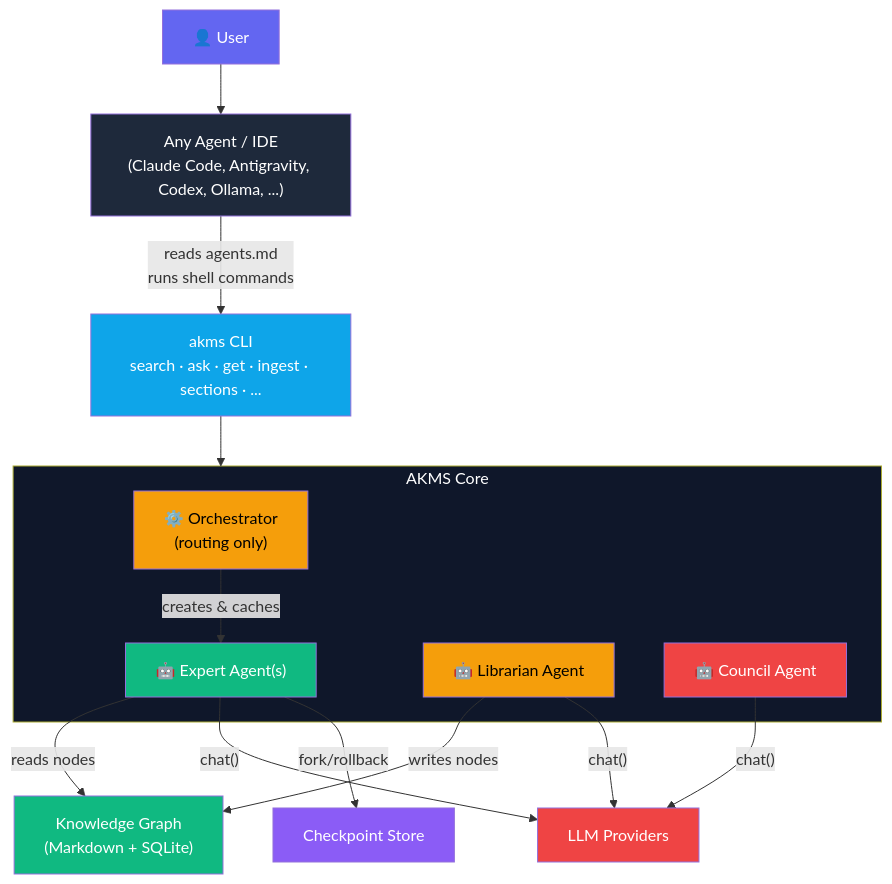
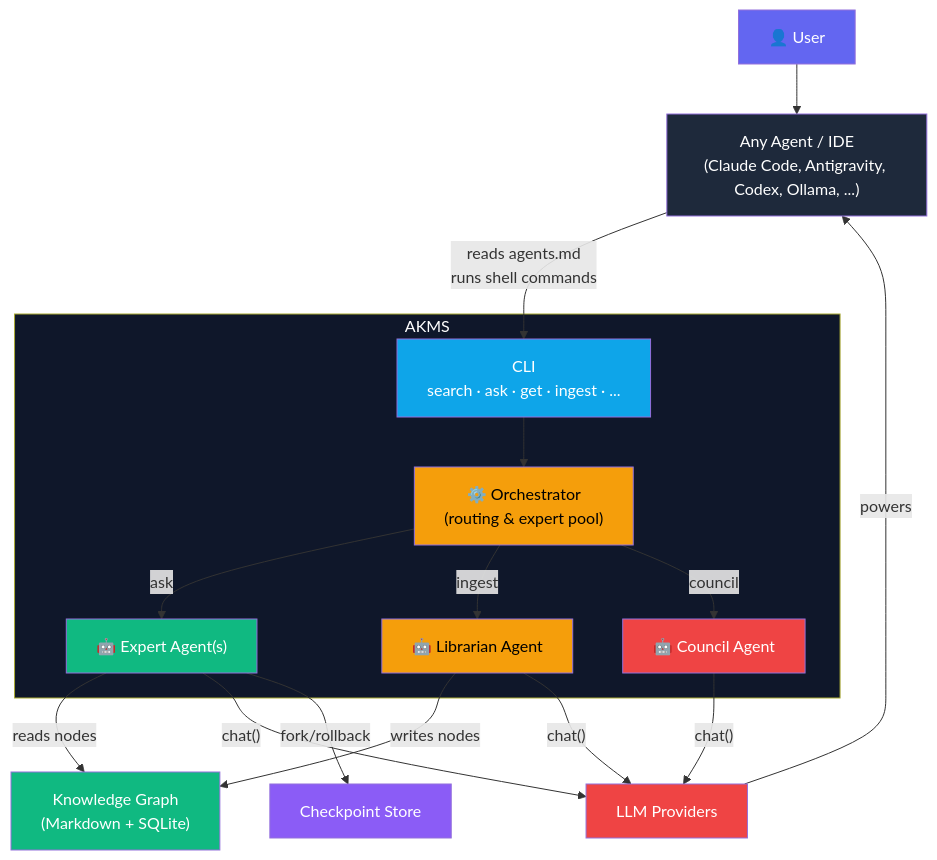
One commit to TheRealOP/Agent-Knowledge-Management-System changed the first of 18 diagrams in how-this-works.md. Above: the diagram before and after it, drawn with Mermaid. The commit also changed 1 other file, not shown here.

````diff
--- a/how-this-works.md
+++ b/how-this-works.md
@@ -9,40 +9,43 @@
 ```mermaid
 graph TB
     User["👤 User"]
     AnyAgent["Any Agent / IDE\n(Claude Code, Antigravity, Codex, Ollama, ...)"]
-    AKMSCLI["akms CLI\nsearch · ask · get · ingest · sections · ..."]
 
-    subgraph AKMSCore["AKMS Core"]
-        Orchestrator["⚙️ Orchestrator\n(routing only)"]
+    subgraph AKMS["AKMS"]
+        CLI["CLI\nsearch · ask · get · ingest · ..."]
+        Orchestrator["⚙️ Orchestrator\n(routing & expert pool)"]
         Expert["🤖 Expert Agent(s)"]
         Librarian["🤖 Librarian Agent"]
         Council["🤖 Council Agent"]
+        CLI --> Orchestrator
     end
 
     KG["Knowledge Graph\n(Markdown + SQLite)"]
     CP["Checkpoint Store"]
     Providers["LLM Providers"]
 
     User --> AnyAgent
-    AnyAgent -->|"reads agents.md\nruns shell commands"| AKMSCLI
-    AKMSCLI --> AKMSCore
-    Orchestrator -->|"creates & caches"| Expert
+    AnyAgent -->|"reads agents.md\nruns shell commands"| CLI
+    Orchestrator -->|"ask"| Expert
+    Orchestrator -->|"ingest"| Librarian
+    Orchestrator -->|"council"| Council
     Expert -->|"reads nodes"| KG
     Librarian -->|"writes nodes"| KG
     Expert -->|"chat()"| Providers
     Librarian -->|"chat()"| Providers
     Council -->|"chat()"| Providers
     Expert -->|"fork/rollback"| CP
+    Providers -->|"powers"| AnyAgent
 
     style User fill:#6366f1,color:#fff
     style AnyAgent fill:#1e293b,color:#fff
-    style AKMSCLI fill:#0ea5e9,color:#fff
-    style AKMSCore fill:#0f172a,color:#fff
+    style AKMS fill:#0f172a,color:#fff
+    style CLI fill:#0ea5e9,color:#fff
     style Orchestrator fill:#f59e0b,color:#000
     style KG fill:#10b981,color:#fff
     style CP fill:#8b5cf6,color:#fff
     style Providers fill:#ef4444,color:#fff
     style Expert fill:#10b981,color:#fff
     style Librarian fill:#f59e0b,color:#000
     style Council fill:#ef4444,color:#fff
 ```
````
